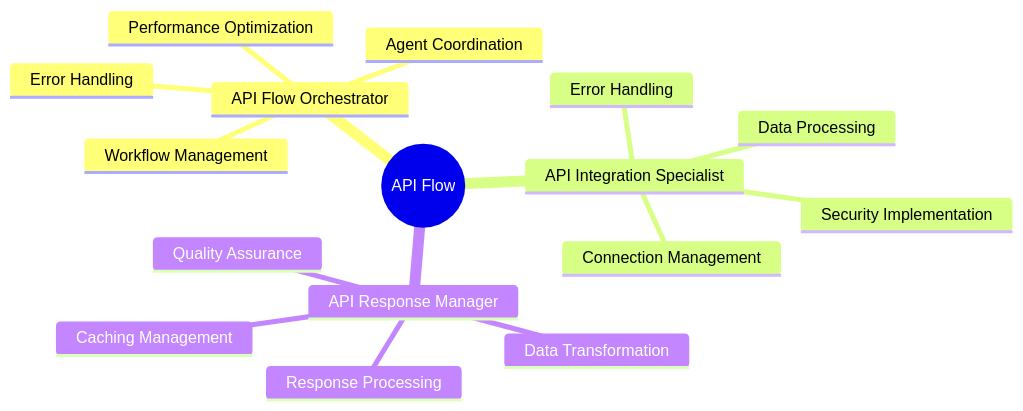
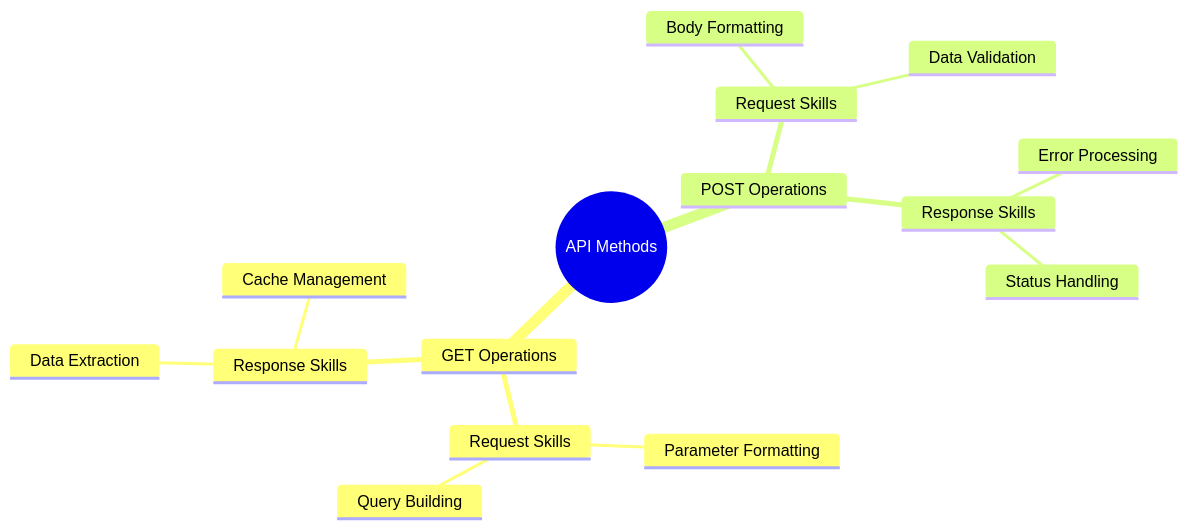
Before and after one commit to Martinb113/AgentWorld: the third of 3 diagrams in apiExpert/ApiFlowArchitecture.md, drawn with Mermaid. The commit also changed other lines of this file and 5 other files, not shown here.

Commit message:
Refactor API Expert flow with detailed GET and POST operation descriptions

````diff
--- a/apiExpert/ApiFlowArchitecture.md
+++ b/apiExpert/ApiFlowArchitecture.md
@@ -49,22 +85,20 @@
 ```mermaid
 mindmap
-  root((API Flow))
-    API Flow Orchestrator
-      ::icon(fa fa-cogs)
-      Workflow Management
-      Agent Coordination
-      Error Handling
-      Performance Optimization
-    API Integration Specialist
-      ::icon(fa fa-plug)
-      Connection Management
-      Data Processing
-      Security Implementation
-      Error Handling
-    API Response Manager
-      ::icon(fa fa-exchange)
-      Response Processing
-      Caching Management
-      Data Transformation
-      Quality Assurance
+  root((API Methods))
+    GET Operations
+      ::icon(fa fa-download)
+      Request Skills
+        Parameter Formatting
+        Query Building
+      Response Skills
+        Data Extraction
+        Cache Management
+    POST Operations
+      ::icon(fa fa-upload)
+      Request Skills
+        Body Formatting
+        Data Validation
+      Response Skills
+        Status Handling
+        Error Processing
 ```
````
